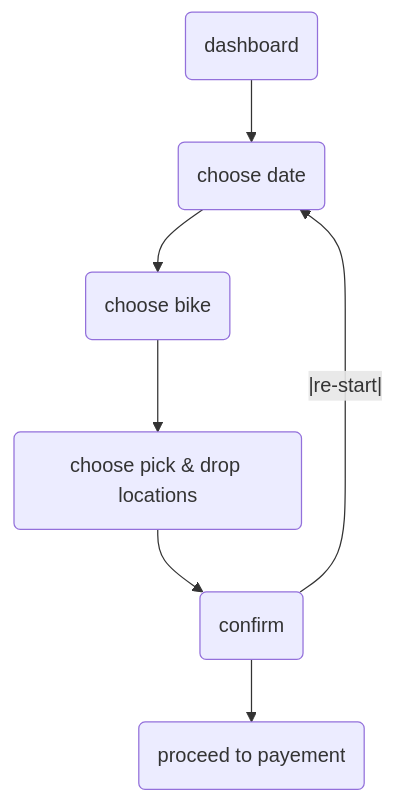
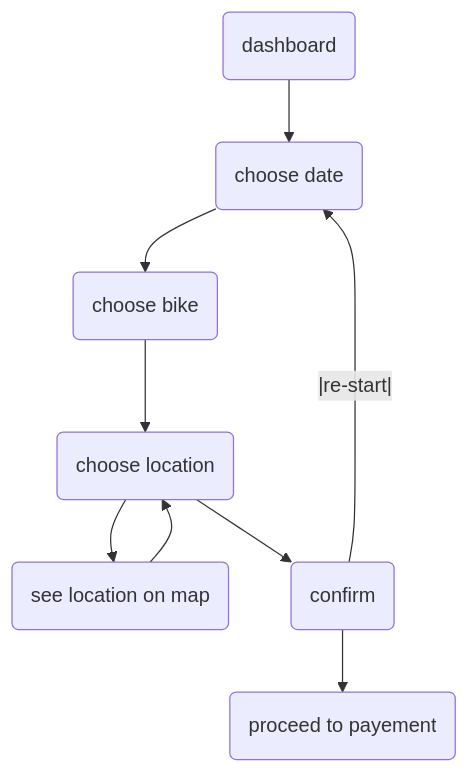
One commit to FrancisFigu/PANI_BikeshopApp changed the diagram in dossier-analyse/04-scenarios.md. Above: the diagram before and after it, drawn with Mermaid.

`````diff
--- a/dossier-analyse/04-scenarios.md
+++ b/dossier-analyse/04-scenarios.md
@@ -21,10 +21,12 @@
 ````mermaid
  flowchart TB
     A(dashboard)
     -->B(choose date)
     -->C(choose bike)
-    -->D(choose pick & drop locations)
-    -->F(confirm)
+    -->D(choose location)
+    D-->E(see location on map)
+    E-->D 
+    D-->F(confirm)
 -->G(proceed to payement)
 F--|re-start|-->B
 ````
`````
